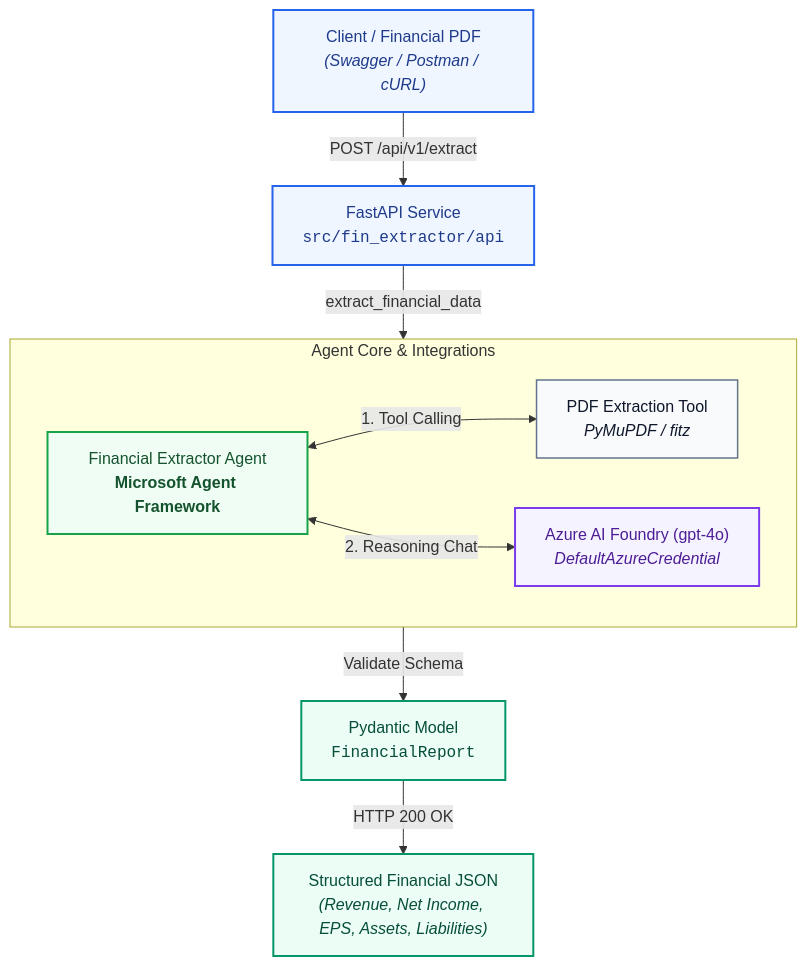
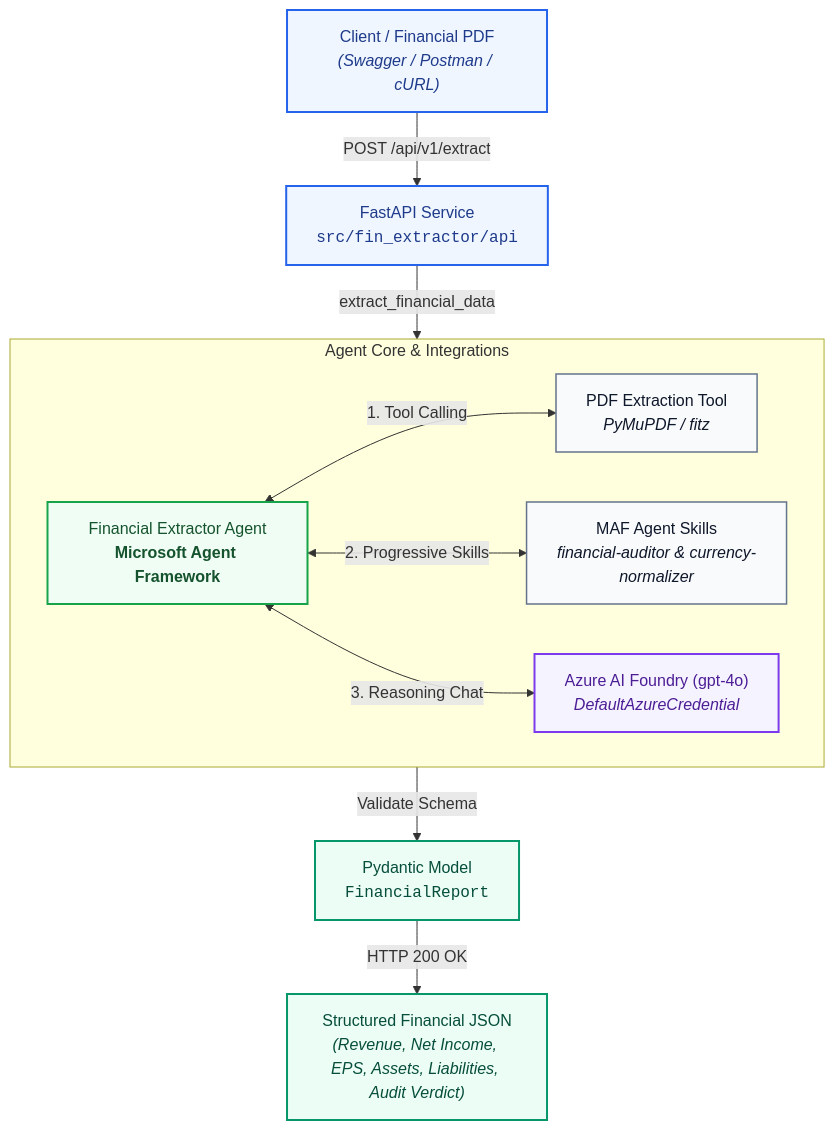
The first of 6 diagrams in docs/ARCHITECTURE.md (crman/fin-extractor-agent), drawn with Mermaid before and after one commit. The commit also changed other lines of this file and 17 other files, not shown here.

Commit message:
feat(skills): integrate Microsoft Agent Framework progressive-disclosure skills

````diff
--- a/docs/ARCHITECTURE.md
+++ b/docs/ARCHITECTURE.md
@@ -57,29 +66,31 @@
 ```mermaid
 graph TD
     Client["Client / Financial PDF<br><i>(Swagger / Postman / cURL)</i>"]
     -->|POST /api/v1/extract| API["FastAPI Service<br><code>src/fin_extractor/api</code>"]
 
     API -->|extract_financial_data| Agent["Financial Extractor Agent<br><b>Microsoft Agent Framework</b>"]
 
     subgraph AgentSystem ["Agent Core & Integrations"]
         direction LR
         Tool["PDF Extraction Tool<br><i>PyMuPDF / fitz</i>"]
+        Skills["MAF Agent Skills<br><i>financial-auditor & currency-normalizer</i>"]
         Agent <-->|1. Tool Calling| Tool
-        Agent <-->|2. Reasoning Chat| Foundry["Azure AI Foundry (gpt-4o)<br><i>DefaultAzureCredential</i>"]
+        Agent <-->|2. Progressive Skills| Skills
+        Agent <-->|3. Reasoning Chat| Foundry["Azure AI Foundry (gpt-4o)<br><i>DefaultAzureCredential</i>"]
     end
 
     Agent -->|Validate Schema| Schema["Pydantic Model<br><code>FinancialReport</code>"]
-    Schema -->|HTTP 200 OK| Output["Structured Financial JSON<br><i>(Revenue, Net Income, EPS, Assets, Liabilities)</i>"]
+    Schema -->|HTTP 200 OK| Output["Structured Financial JSON<br><i>(Revenue, Net Income, EPS, Assets, Liabilities, Audit Verdict)</i>"]
 
     classDef default fill:#f8fafc,stroke:#64748b,stroke-width:1.5px,color:#0f172a;
     classDef accent fill:#eff6ff,stroke:#2563eb,stroke-width:2px,color:#1e3a8a;
     classDef agent fill:#f0fdf4,stroke:#16a34a,stroke-width:2px,color:#14532d;
     classDef cloud fill:#f5f3ff,stroke:#7c3aed,stroke-width:2px,color:#4c1d95;
     classDef result fill:#ecfdf5,stroke:#059669,stroke-width:2px,color:#064e3b;
 
     class Client,API accent;
     class Agent agent;
-    class Tool default;
+    class Tool,Skills default;
     class Foundry cloud;
     class Schema,Output result;
 ```
````
